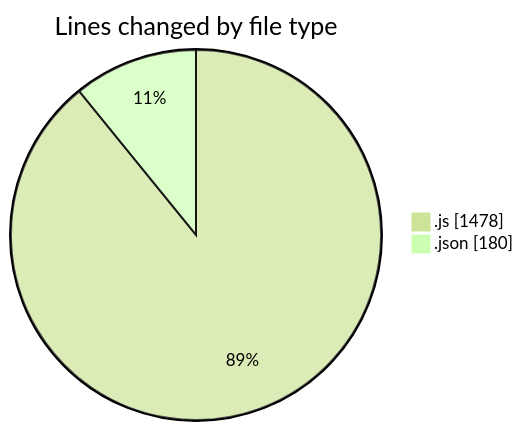
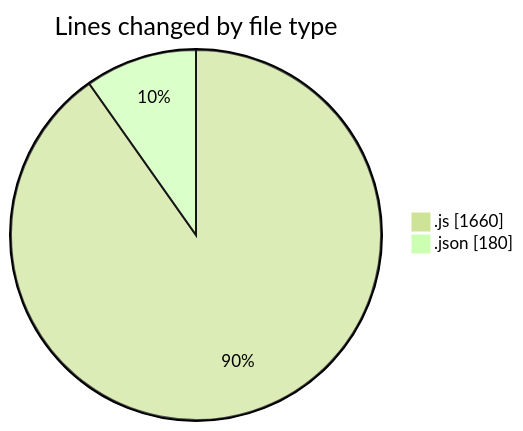
One commit to Ritupan-Deka/code-tracking changed the first of 2 diagrams in 2025-08-03/javascript/README.md. Above: the diagram before and after it, drawn with Mermaid (forest theme). The commit also changed other lines of this file and 1 other file, not shown here.

````diff
--- a/2025-08-03/javascript/README.md
+++ b/2025-08-03/javascript/README.md
@@ -22,6 +22,6 @@
 ```mermaid
 pie showData
 title Lines changed by file type
-".js" : 1478
+".js" : 1660
 ".json" : 180
 ```
````
